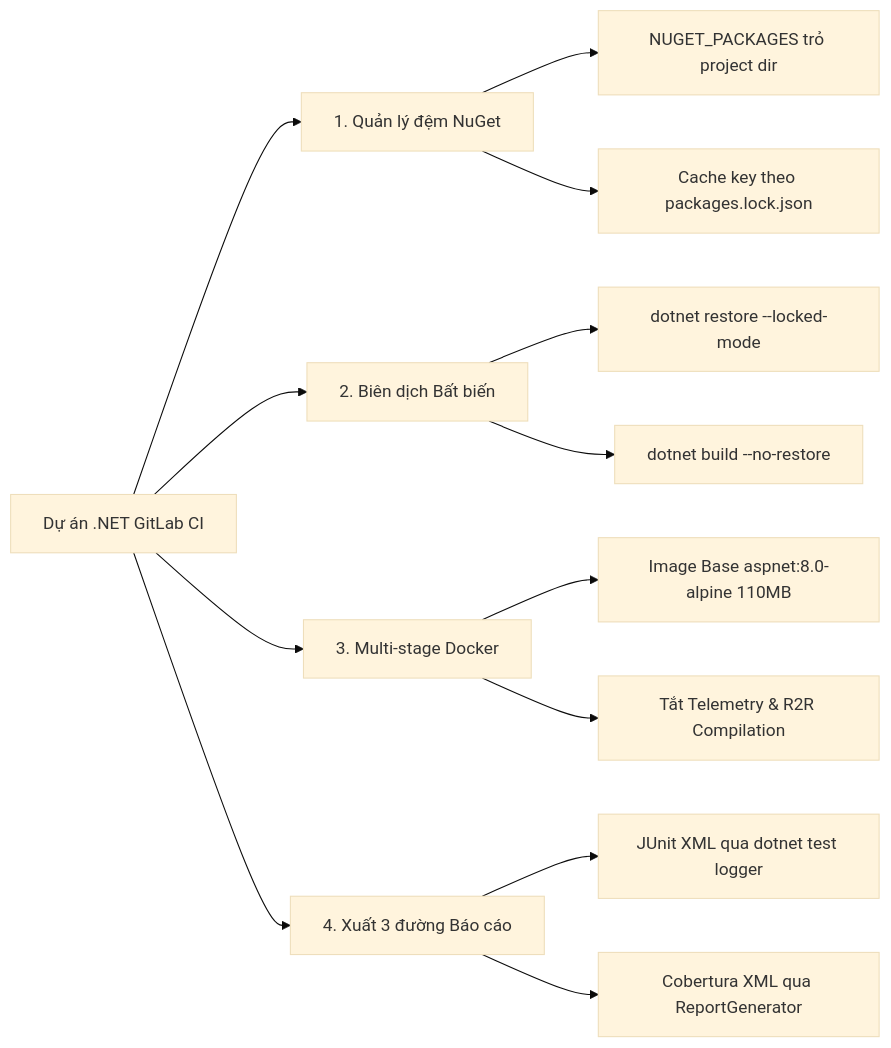
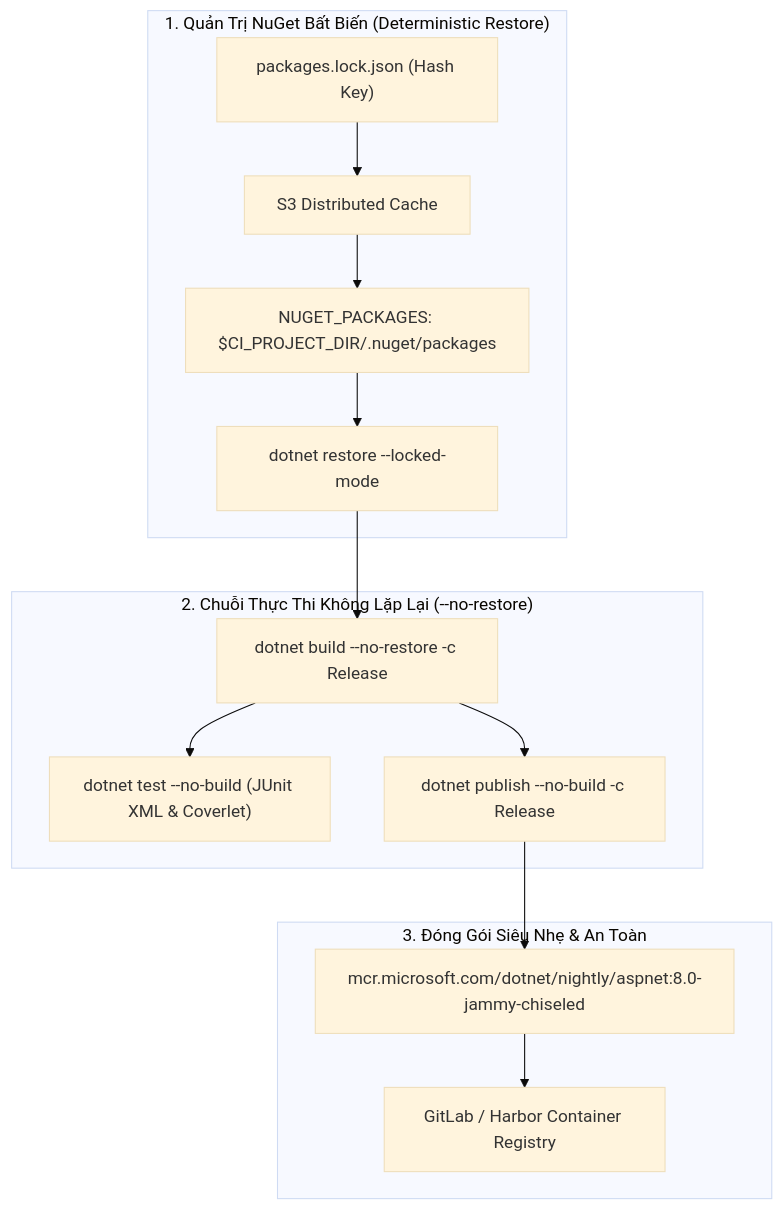
One commit to kiennt308/ntk changed the first of 2 diagrams in _posts/2026-09-12-gitlab-20-20-dotnet.md. Above: the diagram before and after it, drawn with Mermaid (base theme). The commit also changed other lines of this file and 48 other files, not shown here.

````diff
--- a/_posts/2026-09-12-gitlab-20-20-dotnet.md
+++ b/_posts/2026-09-12-gitlab-20-20-dotnet.md
@@ -643,19 +58,19 @@
 ```mermaid
-graph LR
-    A[Dự án .NET GitLab CI] --> B[1. Quản lý đệm NuGet]
-    A --> C[2. Biên dịch Bất biến]
-    A --> D[3. Multi-stage Docker]
-    A --> E[4. Xuất 3 đường Báo cáo]
+graph TD
+    subgraph NUGET_CACHING["1. Quản Trị NuGet Bất Biến (Deterministic Restore)"]
+        LOCK["packages.lock.json (Hash Key)"] --> S3_CACHE["S3 Distributed Cache"]
+        S3_CACHE --> NUGET_DIR["NUGET_PACKAGES: $CI_PROJECT_DIR/.nuget/packages"]
+        NUGET_DIR --> RESTORE["dotnet restore --locked-mode"]
+    end
 
-    B --> B1[NUGET_PACKAGES trỏ project dir]
-    B --> B2[Cache key theo packages.lock.json]
+    subgraph CHAINED_EXECUTION["2. Chuỗi Thực Thi Không Lặp Lại (--no-restore)"]
+        RESTORE --> BUILD["dotnet build --no-restore -c Release"]
+        BUILD --> TEST["dotnet test --no-build (JUnit XML & Coverlet)"]
+        BUILD --> PUBLISH["dotnet publish --no-build -c Release"]
+    end
 
-    C --> C1[dotnet restore --locked-mode]
-    C --> C2[dotnet build --no-restore]
-
-    D --> D1[Image Base aspnet:8.0-alpine 110MB]
-    D --> D2[Tắt Telemetry & R2R Compilation]
-
-    E --> E1[JUnit XML qua dotnet test logger]
-    E --> E2[Cobertura XML qua ReportGenerator]
+    subgraph SECURE_PACKAGING["3. Đóng Gói Siêu Nhẹ & An Toàn"]
+        PUBLISH --> CHISELED["mcr.microsoft.com/dotnet/nightly/aspnet:8.0-jammy-chiseled"]
+        CHISELED --> REGISTRY["GitLab / Harbor Container Registry"]
+    end
 ```
````
